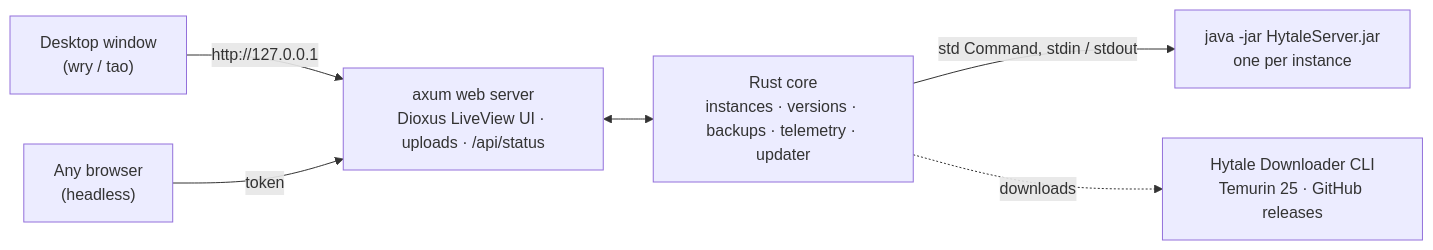
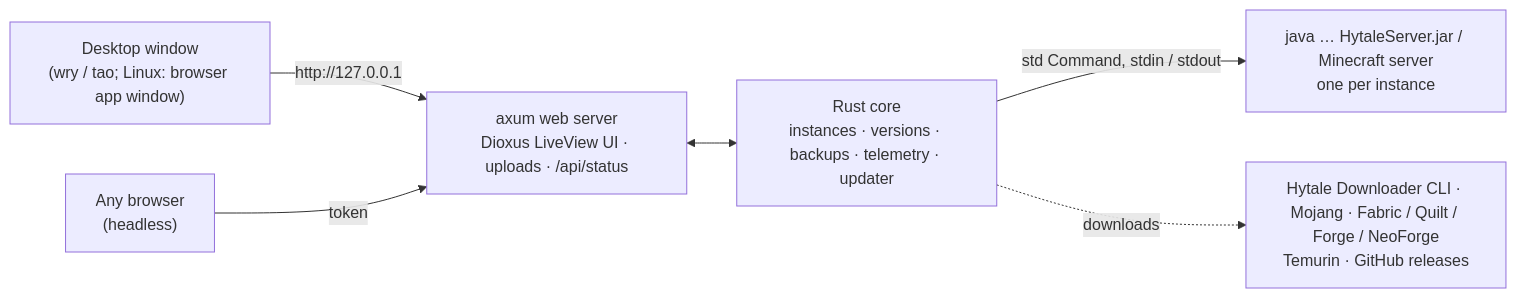
Before and after one commit to Akulav/hytale-minecraft-server-orchestrator: the diagram in README.md, drawn with Mermaid. The commit also changed other lines of this file and 32 other files, not shown here.

First line of the commit message:
Release v0.5.0: Minecraft servers + 3-binary releases

````diff
--- a/README.md
+++ b/README.md
@@ -182,8 +200,8 @@
 ```mermaid
 flowchart LR
-    Win["Desktop window<br/>(wry / tao)"] -->|http://127.0.0.1| Web
+    Win["Desktop window<br/>(wry / tao; Linux: browser app window)"] -->|http://127.0.0.1| Web
     Browser["Any browser<br/>(headless)"] -->|token| Web
     Web["axum web server<br/>Dioxus LiveView UI · uploads · /api/status"] <--> Core["Rust core<br/>instances · versions · backups · telemetry · updater"]
-    Core -->|std Command, stdin / stdout| Java["java -jar HytaleServer.jar<br/>one per instance"]
-    Core -. downloads .-> DL["Hytale Downloader CLI<br/>Temurin 25 · GitHub releases"]
+    Core -->|std Command, stdin / stdout| Java["java … HytaleServer.jar / Minecraft server<br/>one per instance"]
+    Core -. downloads .-> DL["Hytale Downloader CLI · Mojang · Fabric / Quilt / Forge / NeoForge<br/>Temurin · GitHub releases"]
 ```
````
